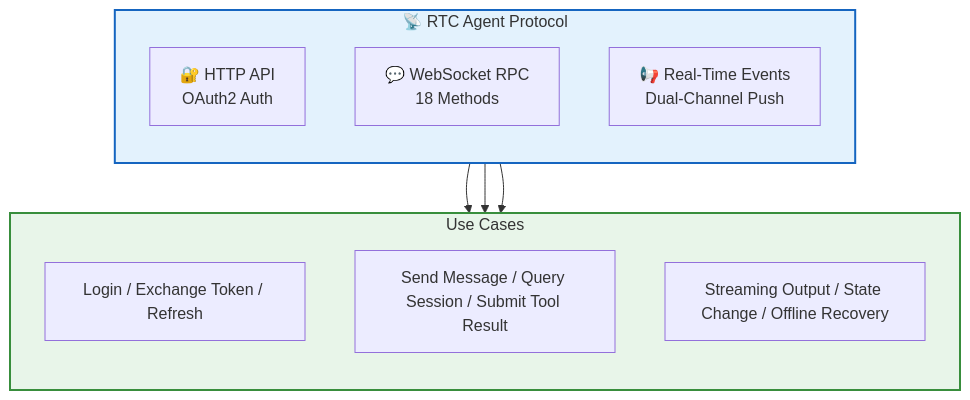
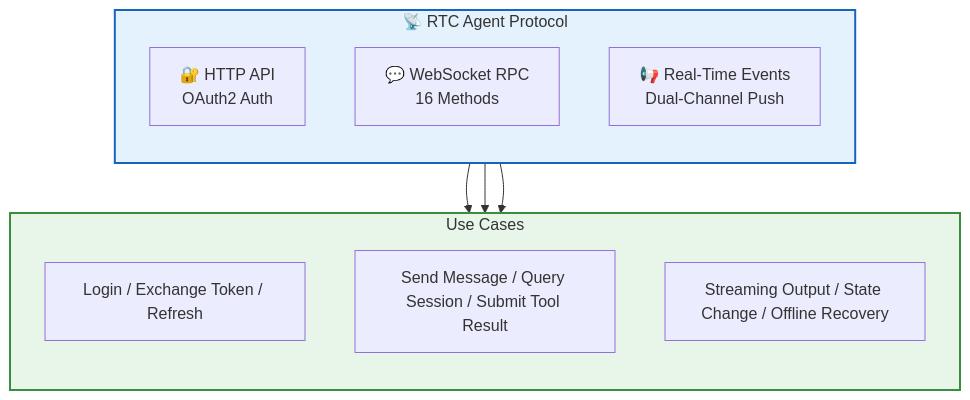
The first of 5 diagrams in src/content/docs/en/protocol/index.md (rtc-agent/docs), drawn with Mermaid before and after one commit. The commit also changed other lines of this file and 60 other files, not shown here.

First line of the commit message:
docs(site): refresh documentation with new sections and improved diagrams

````diff
--- a/src/content/docs/en/protocol/index.md
+++ b/src/content/docs/en/protocol/index.md
@@ -8,23 +8,23 @@
 ```mermaid
 flowchart TD
     subgraph PROTOCOL["📡 RTC Agent Protocol"]
         direction TB
         HTTP["🔐 HTTP API<br/>OAuth2 Auth"]
-        RPC["💬 WebSocket RPC<br/>18 Methods"]
+        RPC["💬 WebSocket RPC<br/>16 Methods"]
         EVT["📢 Real-Time Events<br/>Dual-Channel Push"]
     end
 
     subgraph USAGE["Use Cases"]
         direction TB
         U1["Login / Exchange Token / Refresh"]
         U2["Send Message / Query Session / Submit Tool Result"]
         U3["Streaming Output / State Change / Offline Recovery"]
     end
 
     HTTP --> U1
     RPC --> U2
     EVT --> U3
 
     style PROTOCOL fill:#e3f2fd,stroke:#1565c0,stroke-width:2px
     style USAGE fill:#e8f5e9,stroke:#388e3c,stroke-width:2px
 ```
````
